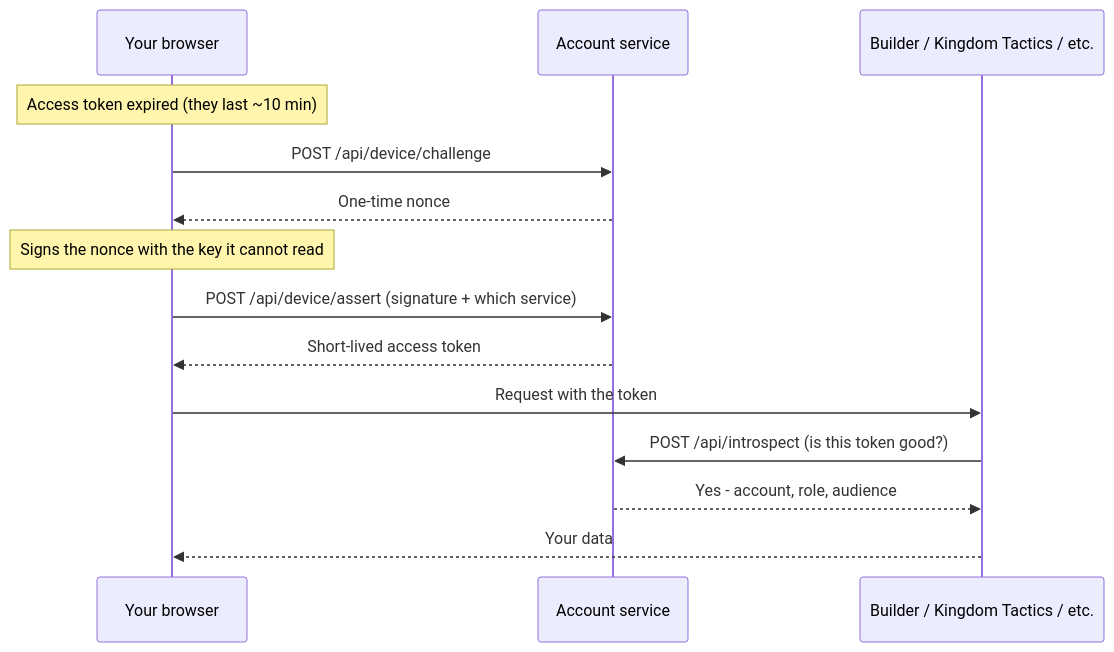
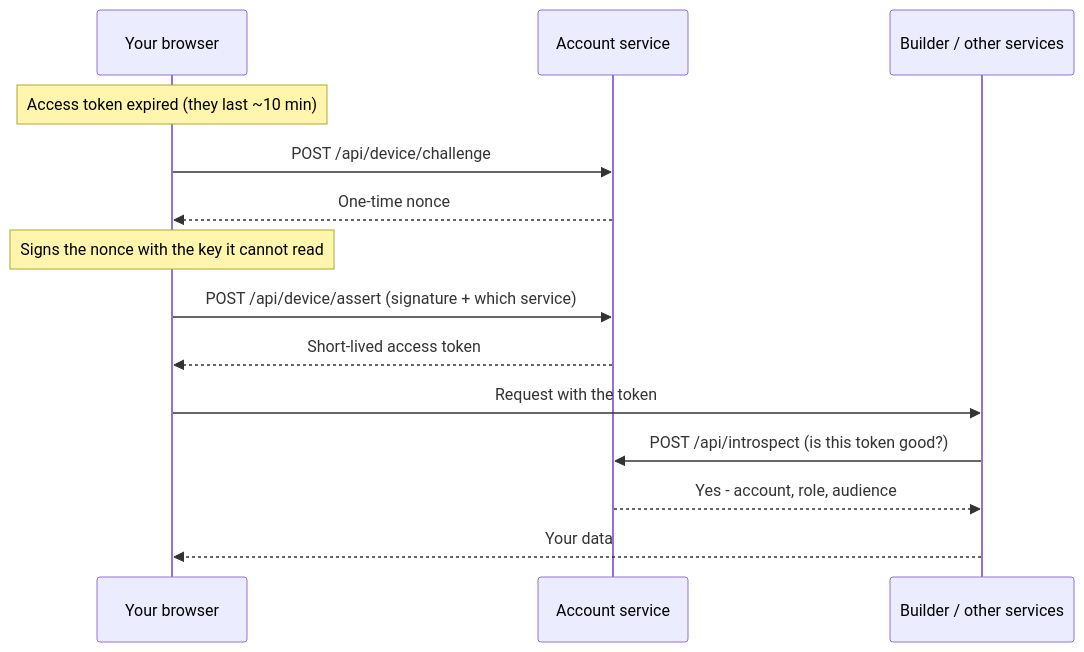
One commit to TournyMasterBot/Shattered-Archive changed the fourth of 5 diagrams in docs/auth-server.md. Above: the diagram before and after it, drawn with Mermaid. The commit also changed other lines of this file and 526 other files, not shown here.

````diff
--- a/docs/auth-server.md
+++ b/docs/auth-server.md
@@ -464,17 +445,17 @@
 ```mermaid
 sequenceDiagram
     participant Browser as Your browser
     participant Auth as Account service
-    participant Service as Builder / Kingdom Tactics / etc.
+    participant Service as Builder / other services
 
     Note over Browser: Access token expired (they last ~10 min)
     Browser->>Auth: POST /api/device/challenge
     Auth-->>Browser: One-time nonce
     Note over Browser: Signs the nonce with the key it cannot read
     Browser->>Auth: POST /api/device/assert (signature + which service)
     Auth-->>Browser: Short-lived access token
     Browser->>Service: Request with the token
     Service->>Auth: POST /api/introspect (is this token good?)
     Auth-->>Service: Yes - account, role, audience
     Service-->>Browser: Your data
 ```
````
